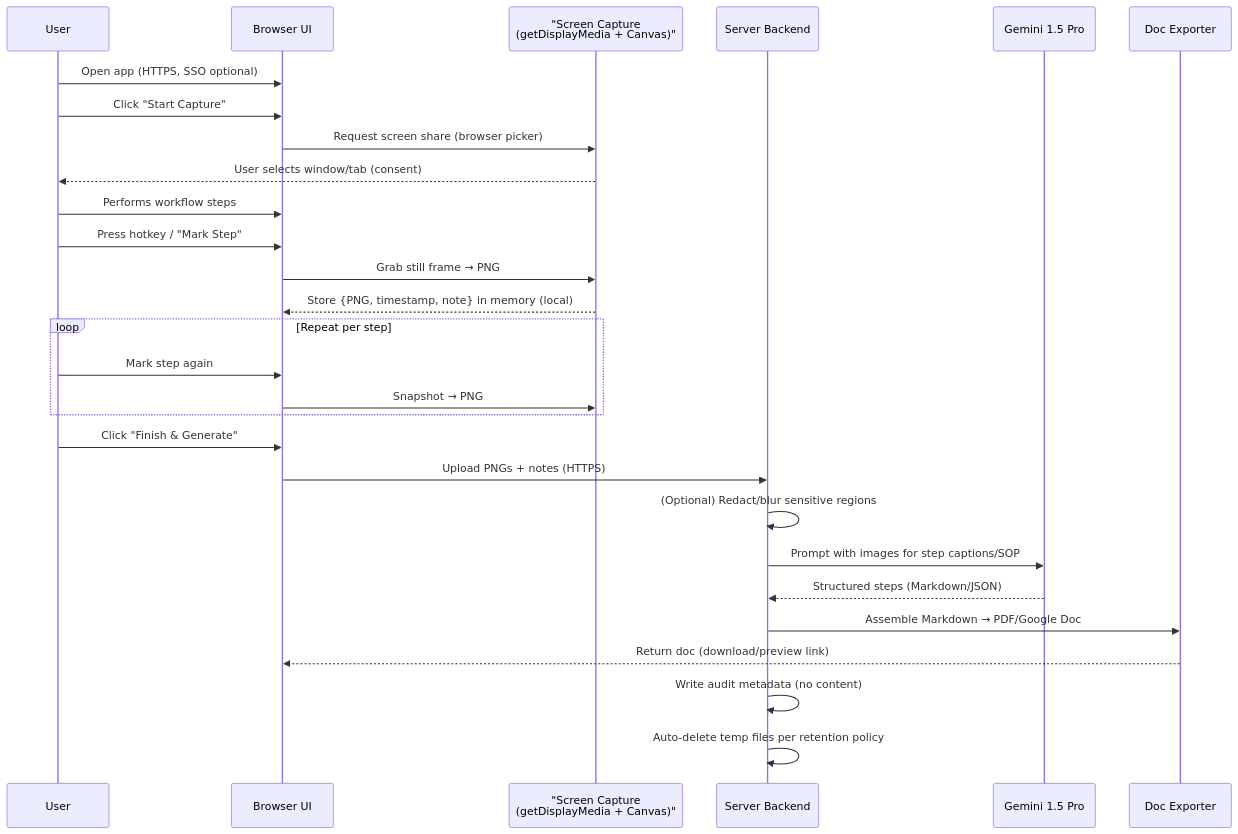
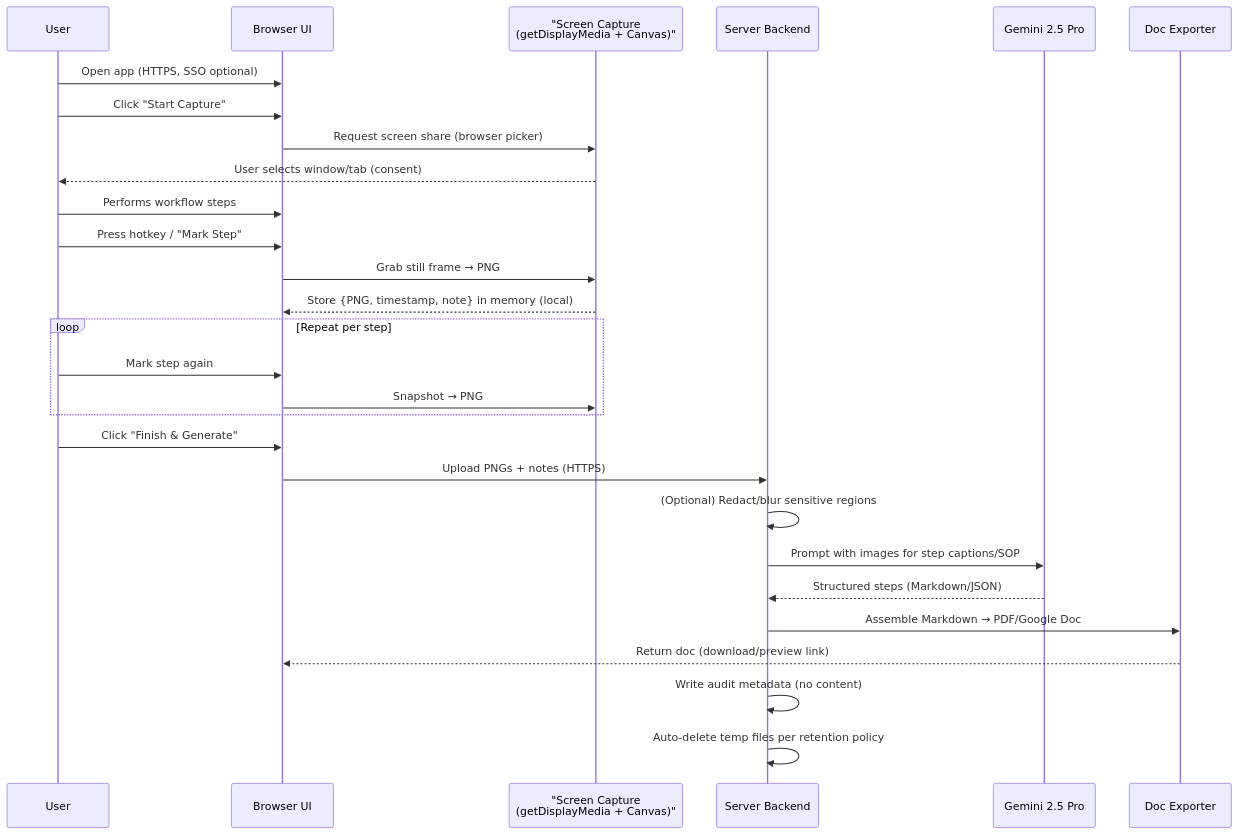
The second of 2 diagrams in README.md (mmccanse/mmautomates_process_documentation), drawn with Mermaid before and after one commit. The commit also changed other lines of this file, not shown here.

Commit message:
update readme with correct Gemini model

````diff
--- a/README.md
+++ b/README.md
@@ -204,31 +204,31 @@
 ```mermaid
 sequenceDiagram
   participant U as User
   participant UI as Browser UI
   participant CAP as "Screen Capture<br/>(getDisplayMedia + Canvas)"
   participant S as Server Backend
-  participant G as Gemini 1.5 Pro
+  participant G as Gemini 2.5 Pro
   participant D as Doc Exporter
 
   U->>UI: Open app (HTTPS, SSO optional)
   U->>UI: Click "Start Capture"
   UI->>CAP: Request screen share (browser picker)
   CAP-->>U: User selects window/tab (consent)
   U->>UI: Performs workflow steps
   U->>UI: Press hotkey / "Mark Step"
   UI->>CAP: Grab still frame → PNG
   CAP-->>UI: Store {PNG, timestamp, note} in memory (local)
   loop Repeat per step
     U->>UI: Mark step again
     UI->>CAP: Snapshot → PNG
   end
   U->>UI: Click "Finish & Generate"
   UI->>S: Upload PNGs + notes (HTTPS)
   S->>S: (Optional) Redact/blur sensitive regions
   S->>G: Prompt with images for step captions/SOP
   G-->>S: Structured steps (Markdown/JSON)
   S->>D: Assemble Markdown → PDF/Google Doc
   D-->>UI: Return doc (download/preview link)
   S->>S: Write audit metadata (no content)
   S->>S: Auto-delete temp files per retention policy
 ```
````
